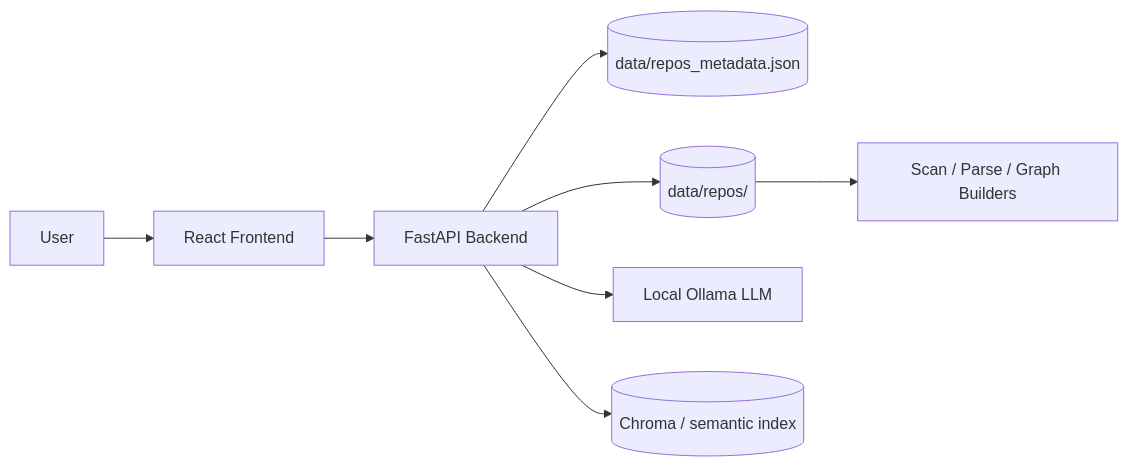
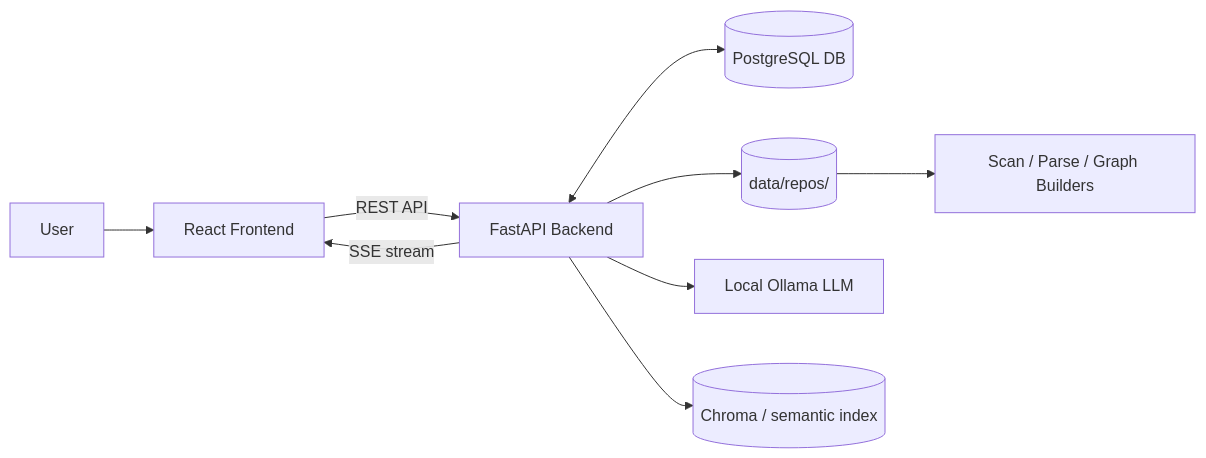
Before and after one commit to salianDheeraj/GitOnboard: the diagram in architecture.md, drawn with Mermaid. The commit also changed other lines of this file and 3 other files, not shown here.

Commit message:
refactor: migrate repository metadata storage to PostgreSQL and implement real-time background task monitoring via SSE and Docker Compose.

````diff
--- a/architecture.md
+++ b/architecture.md
@@ -9,10 +9,11 @@
 ```mermaid
 flowchart LR
   U[User] --> F[React Frontend]
-  F --> A[FastAPI Backend]
-  A --> D[(data/repos_metadata.json)]
+  F -- REST API --> A[FastAPI Backend]
+  A -- SSE stream --> F
+  A <--> P[(PostgreSQL DB)]
   A --> R[(data/repos/<repo>)]
   A --> O[Local Ollama LLM]
   A --> C[(Chroma / semantic index)]
   R --> S[Scan / Parse / Graph Builders]
 ```
````
